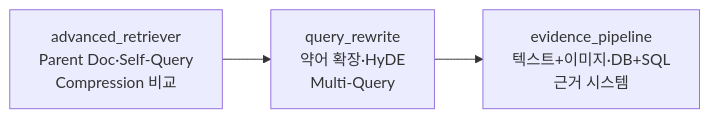
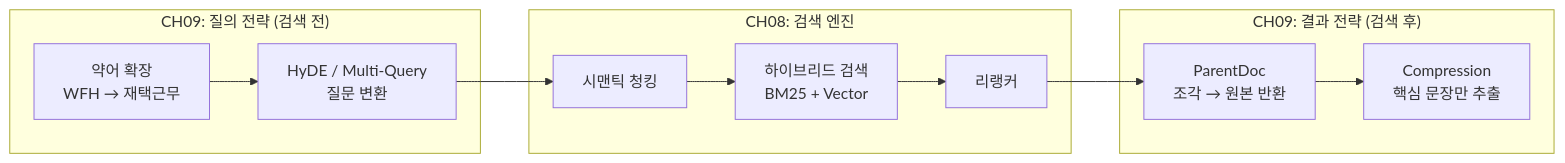
Before and after one commit to coderyu5523/book-workflow: the first of 2 diagrams in projects/사내AI비서_v2/chapters/09-질문을-제대로-이해-못한다.md, drawn with Mermaid. The commit also changed other lines of this file and 85 other files, not shown here.

````diff
--- a/projects/사내AI비서_v2/chapters/09-질문을-제대로-이해-못한다.md
+++ b/projects/사내AI비서_v2/chapters/09-질문을-제대로-이해-못한다.md
@@ -164,5 +166,20 @@
 ```mermaid
 flowchart LR
-    A["advanced_retriever<br>Parent Doc·Self-Query<br>Compression 비교"] --> B["query_rewrite<br>약어 확장·HyDE<br>Multi-Query"]
-    B --> C["evidence_pipeline<br>텍스트+이미지·DB+SQL<br>근거 시스템"]
+    subgraph CH09-전 ["CH09: 질의 전략 (검색 전)"]
+        A1["약어 확장<br>WFH → 재택근무"]
+        A2["HyDE / Multi-Query<br>질문 변환"]
+    end
+
+    subgraph CH08 ["CH08: 검색 엔진"]
+        B1["시맨틱 청킹"]
+        B2["하이브리드 검색<br>BM25 + Vector"]
+        B3["리랭커"]
+    end
+
+    subgraph CH09-후 ["CH09: 결과 전략 (검색 후)"]
+        C1["ParentDoc<br>조각 → 원본 반환"]
+        C2["Compression<br>핵심 문장만 추출"]
+    end
+
+    A1 --> A2 --> B1 --> B2 --> B3 --> C1 --> C2
 ```
````
